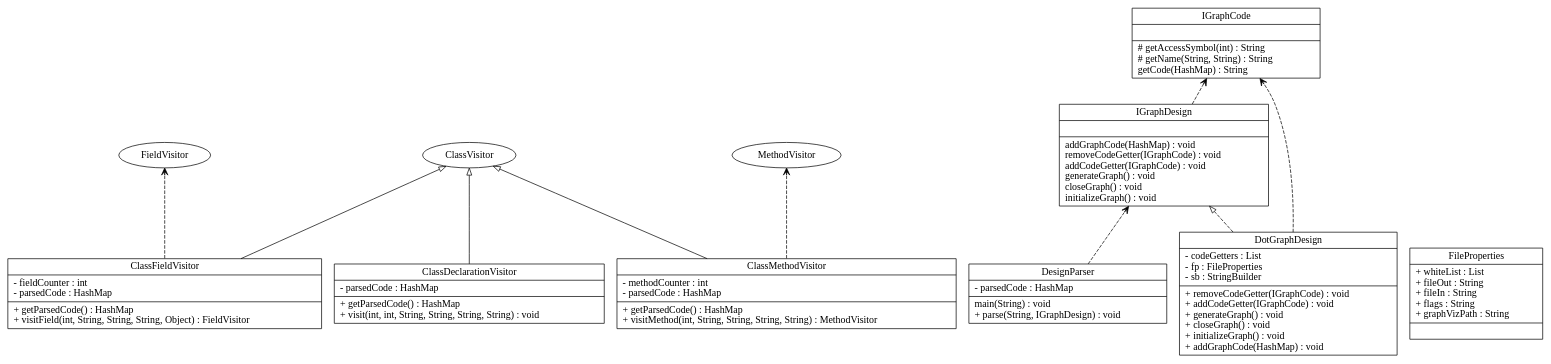
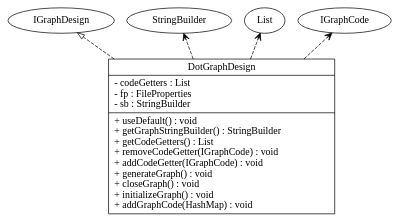
The diagram in input_output/374Project.gv (JGSquared/374Project), drawn with Graphviz before and after one commit. The commit also changed 5 other files, not shown here.

Commit message:
Implemented MethodUsesVisitor

```diff
--- a/input_output/374Project.gv
+++ b/input_output/374Project.gv
@@ -1,27 +1,6 @@
 digraph G{
 rankdir=BT;
-ClassDeclarationVisitor [
+DotGraphDesign [
 shape="record",
-label = "{ClassDeclarationVisitor|- parsedCode : HashMap\l|+ getParsedCode() : HashMap\l+ visit(int, int, String, String, String, String) : void\l}"
-];ClassDeclarationVisitor -> ClassVisitor [arrowhead="onormal", style="solid"];ClassFieldVisitor [
-shape="record",
-label = "{ClassFieldVisitor|- fieldCounter : int\l- parsedCode : HashMap\l|+ getParsedCode() : HashMap\l+ visitField(int, String, String, String, Object) : FieldVisitor\l}"
-];ClassFieldVisitor -> ClassVisitor [arrowhead="onormal", style="solid"];ClassFieldVisitor -> FieldVisitor [arrowhead="open", style="dashed"];ClassMethodVisitor [
-shape="record",
-label = "{ClassMethodVisitor|- methodCounter : int\l- parsedCode : HashMap\l|+ getParsedCode() : HashMap\l+ visitMethod(int, String, String, String, String) : MethodVisitor\l}"
-];ClassMethodVisitor -> ClassVisitor [arrowhead="onormal", style="solid"];ClassMethodVisitor -> MethodVisitor [arrowhead="open", style="dashed"];DesignParser [
-shape="record",
-label = "{DesignParser|- parsedCode : HashMap\l| main(String) : void\l+ parse(String, IGraphDesign) : void\l}"
-];DesignParser -> IGraphDesign [arrowhead="open", style="dashed"];DotGraphDesign [
-shape="record",
-label = "{DotGraphDesign|- codeGetters : List\l- fp : FileProperties\l- sb : StringBuilder\l|+ removeCodeGetter(IGraphCode) : void\l+ addCodeGetter(IGraphCode) : void\l+ generateGraph() : void\l+ closeGraph() : void\l+ initializeGraph() : void\l+ addGraphCode(HashMap) : void\l}"
-];DotGraphDesign -> IGraphDesign [arrowhead="onormal", style="dashed"];DotGraphDesign -> IGraphCode [arrowhead="open", style="dashed"];FileProperties [
-shape="record",
-label = "{FileProperties|+ whiteList : List\l+ fileOut : String\l+ fileIn : String\l+ flags : String\l+ graphVizPath : String\l|}"
-];IGraphDesign [
-shape="record",
-label = "{IGraphDesign|| addGraphCode(HashMap) : void\l removeCodeGetter(IGraphCode) : void\l addCodeGetter(IGraphCode) : void\l generateGraph() : void\l closeGraph() : void\l initializeGraph() : void\l}"
-];IGraphDesign -> IGraphCode [arrowhead="open", style="dashed"];IGraphCode [
-shape="record",
-label = "{IGraphCode||# getAccessSymbol(int) : String\l# getName(String, String) : String\l getCode(HashMap) : String\l}"
-];}
+label = "{DotGraphDesign|- codeGetters : List\l- fp : FileProperties\l- sb : StringBuilder\l|+ useDefault() : void\l+ getGraphStringBuilder() : StringBuilder\l+ getCodeGetters() : List\l+ removeCodeGetter(IGraphCode) : void\l+ addCodeGetter(IGraphCode) : void\l+ generateGraph() : void\l+ closeGraph() : void\l+ initializeGraph() : void\l+ addGraphCode(HashMap) : void\l}"
+];DotGraphDesign -> IGraphDesign [arrowhead="onormal", style="dashed"];DotGraphDesign -> StringBuilder [arrowhead="open", style="dashed"];DotGraphDesign -> List [arrowhead="open", style="dashed"];DotGraphDesign -> IGraphCode [arrowhead="open", style="dashed"];}
```
